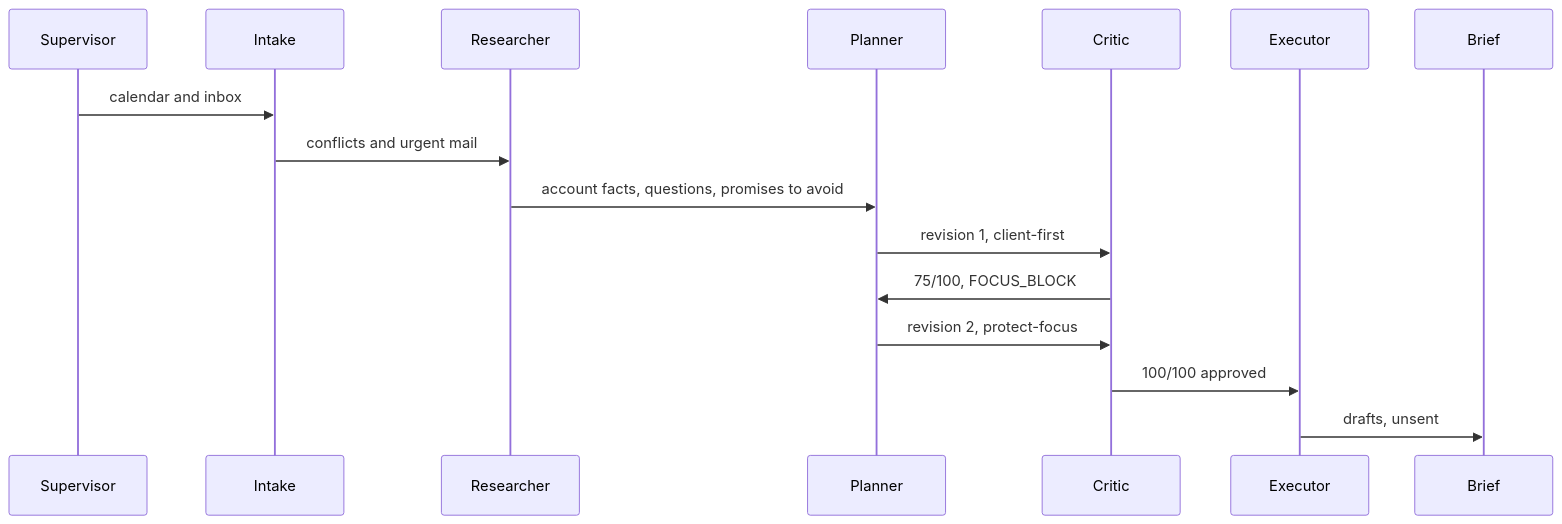
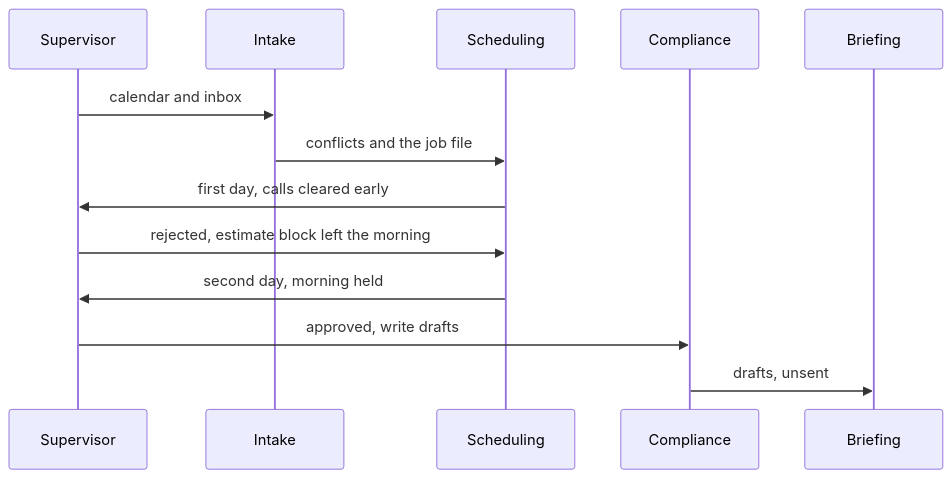
One commit to saltylvn/benchmark-ai changed the second of 2 diagrams in README.md. Above: the diagram before and after it, drawn with Mermaid. The commit also changed other lines of this file and 39 other files, not shown here.

````diff
--- a/README.md
+++ b/README.md
@@ -105,18 +36,15 @@
 ```mermaid
 sequenceDiagram
   participant S as Supervisor
   participant I as Intake
-  participant R as Researcher
-  participant P as Planner
-  participant C as Critic
-  participant E as Executor
-  participant B as Brief
+  participant P as Scheduling
+  participant C as Compliance
+  participant B as Briefing
   S->>I: calendar and inbox
-  I->>R: conflicts and urgent mail
-  R->>P: account facts, questions, promises to avoid
-  P->>C: revision 1, client-first
-  C->>P: 75/100, FOCUS_BLOCK
-  P->>C: revision 2, protect-focus
-  C->>E: 100/100 approved
-  E->>B: drafts, unsent
+  I->>P: conflicts and the job file
+  P->>S: first day, calls cleared early
+  S->>P: rejected, estimate block left the morning
+  P->>S: second day, morning held
+  S->>C: approved, write drafts
+  C->>B: drafts, unsent
 ```
````
